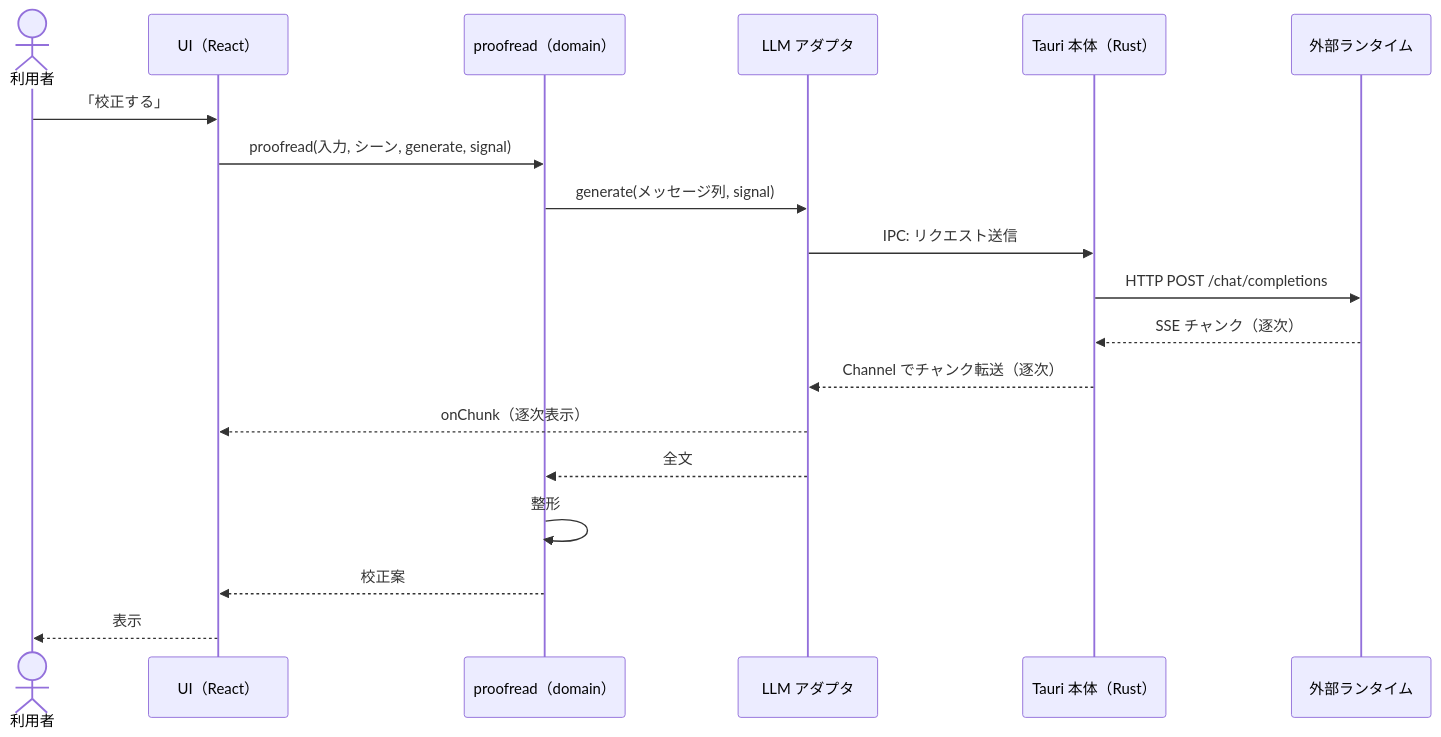
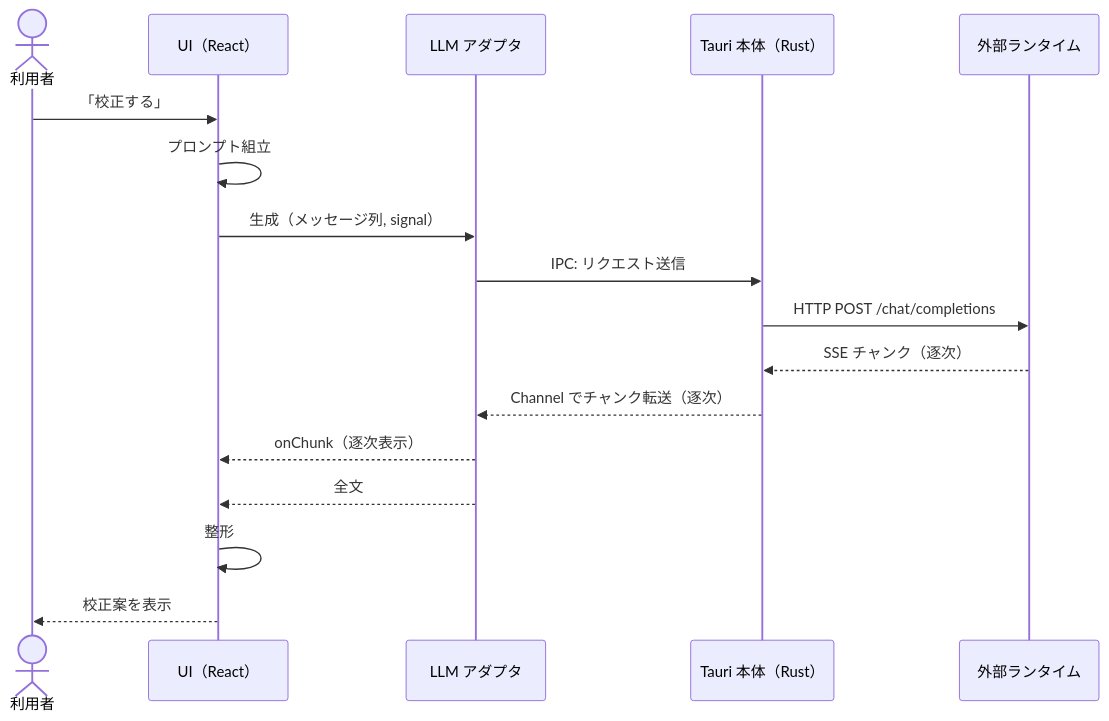
Before and after one commit to kkeisuke/message-proofreading: the second of 2 diagrams in docs/design.md, drawn with Mermaid. The commit also changed other lines of this file, not shown here.

````diff
--- a/docs/design.md
+++ b/docs/design.md
@@ -177,22 +184,20 @@
 ```mermaid
 sequenceDiagram
     actor user as 利用者
     participant ui as UI（React）
-    participant dom as proofread（domain）
     participant llm as LLM アダプタ
     participant rust as Tauri 本体（Rust）
     participant rt as 外部ランタイム
 
     user->>ui: 「校正する」
-    ui->>dom: proofread(入力, シーン, generate, signal)
-    dom->>llm: generate(メッセージ列, signal)
+    ui->>ui: プロンプト組立
+    ui->>llm: 生成（メッセージ列, signal）
     llm->>rust: IPC: リクエスト送信
     rust->>rt: HTTP POST /chat/completions
     rt-->>rust: SSE チャンク（逐次）
     rust-->>llm: Channel でチャンク転送（逐次）
     llm-->>ui: onChunk（逐次表示）
-    llm-->>dom: 全文
-    dom->>dom: 整形
-    dom-->>ui: 校正案
-    ui-->>user: 表示
+    llm-->>ui: 全文
+    ui->>ui: 整形
+    ui-->>user: 校正案を表示
 ```
````
